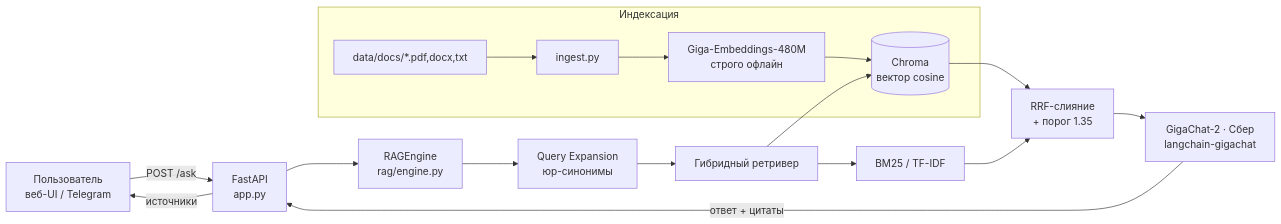
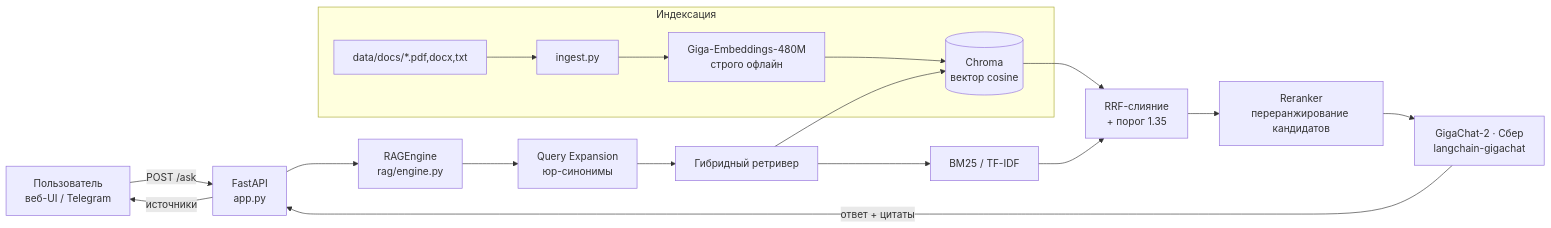
One commit to Gopota58/kodeksbot changed the diagram in README.md. Above: the diagram before and after it, drawn with Mermaid. The commit also changed other lines of this file and 1 other file, not shown here.

Commit message:
docs: описать reranker в README и ARCHITECTURE (MiniLM по умолч., опц. jina)

````diff
--- a/README.md
+++ b/README.md
@@ -53,20 +59,21 @@
 ```mermaid
 flowchart LR
     U[Пользователь<br/>веб-UI / Telegram] -->|POST /ask| API[FastAPI<br/>app.py]
     API --> R[RAGEngine<br/>rag/engine.py]
     R --> Q[Query Expansion<br/>юр-синонимы]
     Q --> HY[Гибридный ретривер]
     HY --> V[(Chroma<br/>вектор cosine)]
     HY --> K[BM25 / TF-IDF]
     V --> RRF[RRF-слияние<br/>+ порог 1.35]
     K --> RRF
-    RRF --> LLM[GigaChat-2 · Сбер<br/>langchain-gigachat]
+    RRF --> RR[Reranker<br/>переранжирование кандидатов]
+    RR --> LLM[GigaChat-2 · Сбер<br/>langchain-gigachat]
     LLM -->|ответ + цитаты| API
     API -->|источники| U
 
     subgraph Индексация
         D[data/docs/*.pdf,docx,txt] --> ING[ingest.py]
         ING --> EMB[Giga-Embeddings-480M<br/>строго офлайн]
         EMB --> V
     end
 ```
````
